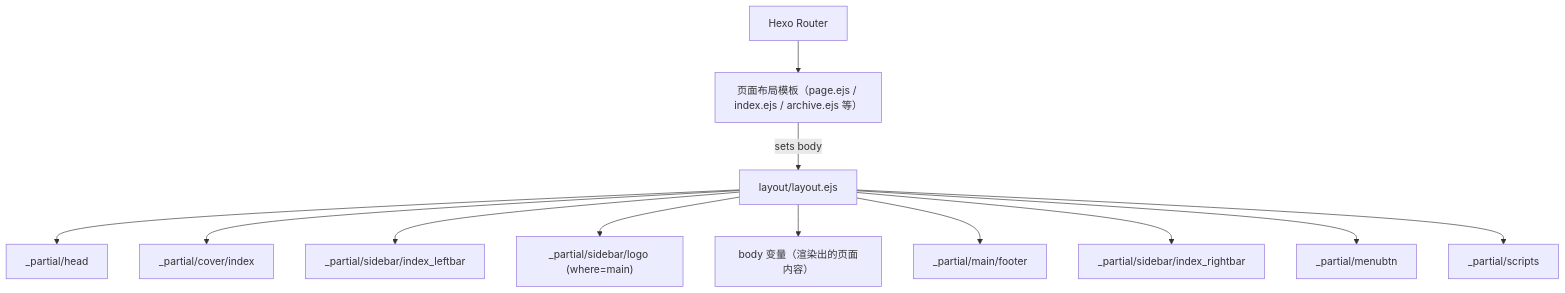
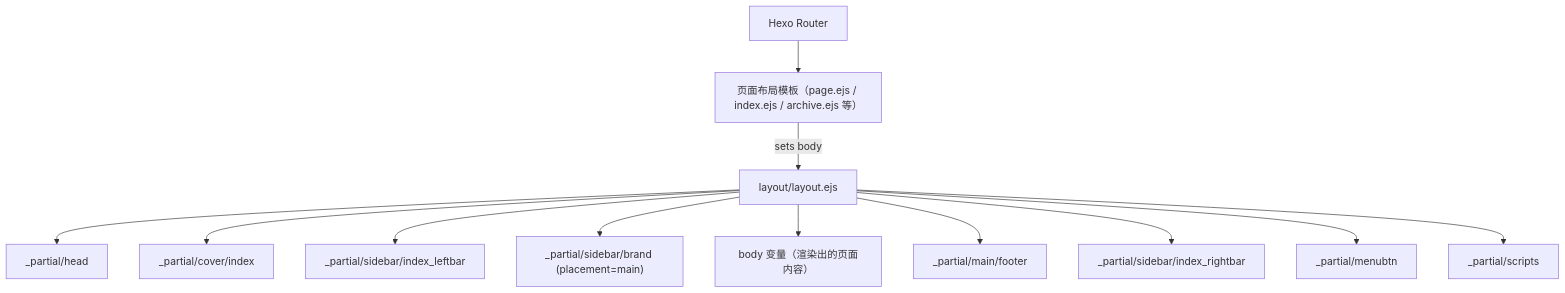
The first of 3 diagrams in docs/knowledge/02-布局系统/layout-overview.md (xaoxuu/hexo-theme-stellar), drawn with Mermaid before and after one commit. The commit also changed other lines of this file and 119 other files, not shown here.

````diff
--- a/docs/knowledge/02-布局系统/layout-overview.md
+++ b/docs/knowledge/02-布局系统/layout-overview.md
@@ -39,27 +42,27 @@
 ```mermaid
 graph TD
     HexoRouter["Hexo Router"]
     PageTemplate["页面布局模板（page.ejs / index.ejs / archive.ejs 等）"]
     LayoutEJS["layout/layout.ejs"]
     HeadPartial["_partial/head"]
     CoverPartial["_partial/cover/index"]
     LeftbarPartial["_partial/sidebar/index_leftbar"]
-    LogoPartial["_partial/sidebar/logo (where=main)"]
+    BrandPartial["_partial/sidebar/brand (placement=main)"]
     BodyVar["body 变量（渲染出的页面内容）"]
     FooterPartial["_partial/main/footer"]
     RightbarPartial["_partial/sidebar/index_rightbar"]
     ScriptsPartial["_partial/scripts"]
     MenubtnPartial["_partial/menubtn"]
 
     HexoRouter --> PageTemplate
     PageTemplate -->|"sets body"| LayoutEJS
     LayoutEJS --> HeadPartial
     LayoutEJS --> CoverPartial
     LayoutEJS --> LeftbarPartial
-    LayoutEJS --> LogoPartial
+    LayoutEJS --> BrandPartial
     LayoutEJS --> BodyVar
     LayoutEJS --> FooterPartial
     LayoutEJS --> RightbarPartial
     LayoutEJS --> MenubtnPartial
     LayoutEJS --> ScriptsPartial
 ```
````
